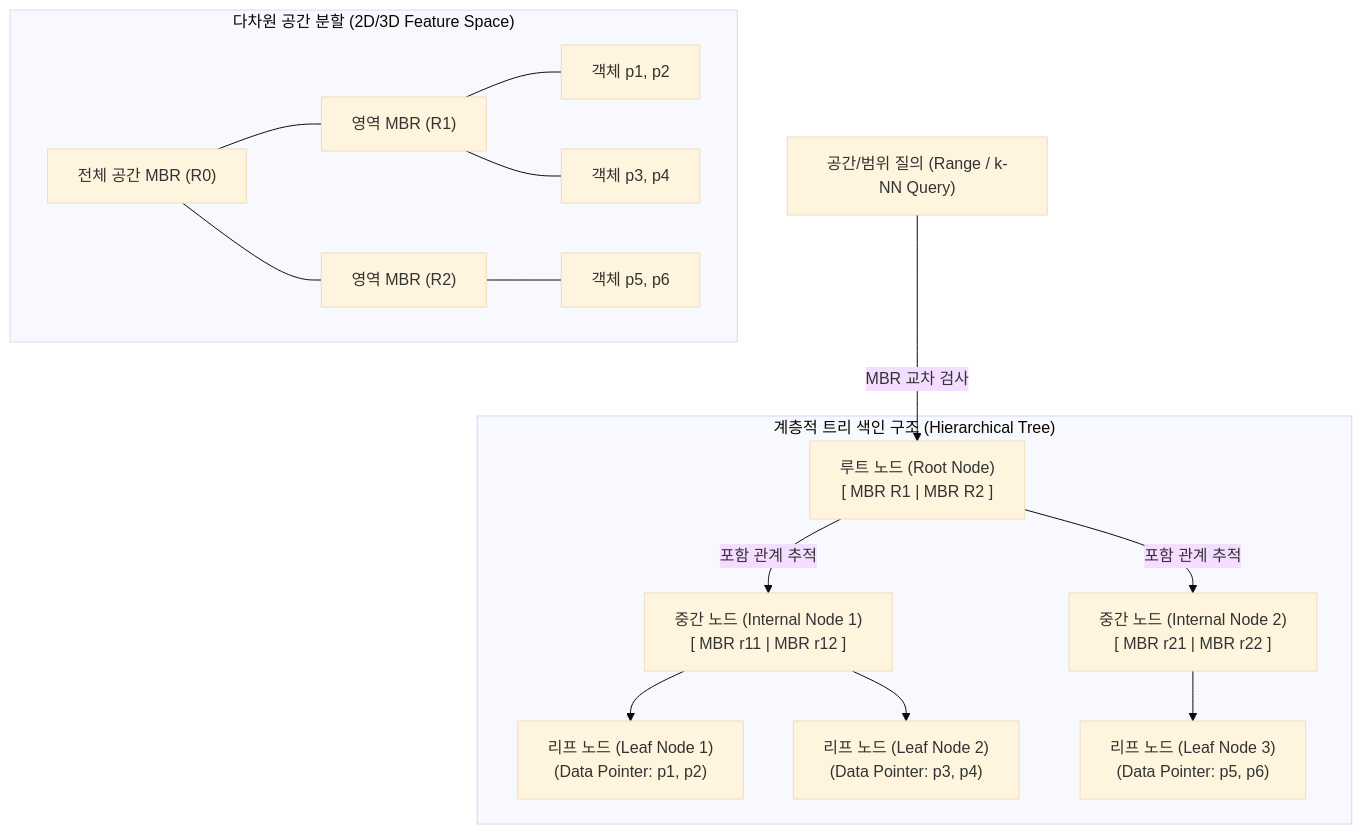
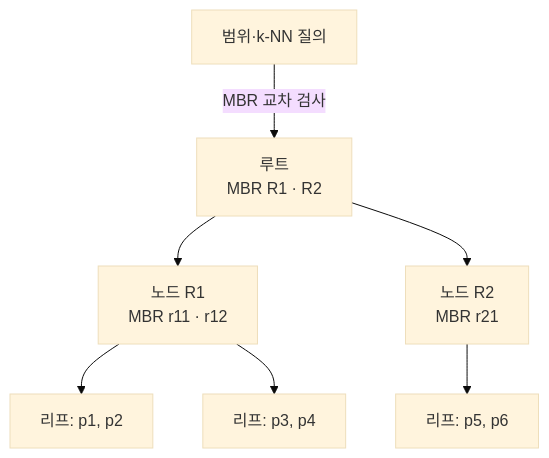
Before and after one commit to supremethumb/supremethumb.github.io: the diagram in content/01_IT Tech/다차원 색인구조.md, drawn with Mermaid (base theme). The commit also changed other lines of this file and 1087 other files, not shown here.

````diff
--- a/content/01_IT Tech/다차원 색인구조.md
+++ b/content/01_IT Tech/다차원 색인구조.md
@@ -21,34 +35,9 @@
 ```mermaid
-flowchart TD
-    subgraph SPATIAL_SPACE["다차원 공간 분할 (2D/3D Feature Space)"]
-        R0["전체 공간 MBR (R0)"]
-        R1["영역 MBR (R1)"]
-        R2["영역 MBR (R2)"]
-        D1["객체 p1, p2"]
-        D2["객체 p3, p4"]
-        D3["객체 p5, p6"]
-
-        R0 --- R1
-        R0 --- R2
-        R1 --- D1
-        R1 --- D2
-        R2 --- D3
-    end
-
-    subgraph INDEX_TREE["계층적 트리 색인 구조 (Hierarchical Tree)"]
-        ROOT["루트 노드 (Root Node)<br/>[ MBR R1 | MBR R2 ]"]
-        INTER1["중간 노드 (Internal Node 1)<br/>[ MBR r11 | MBR r12 ]"]
-        INTER2["중간 노드 (Internal Node 2)<br/>[ MBR r21 | MBR r22 ]"]
-        LEAF1["리프 노드 (Leaf Node 1)<br/>(Data Pointer: p1, p2)"]
-        LEAF2["리프 노드 (Leaf Node 2)<br/>(Data Pointer: p3, p4)"]
-        LEAF3["리프 노드 (Leaf Node 3)<br/>(Data Pointer: p5, p6)"]
-
-        ROOT -->|포함 관계 추적| INTER1
-        ROOT -->|포함 관계 추적| INTER2
-        INTER1 --> LEAF1
-        INTER1 --> LEAF2
-        INTER2 --> LEAF3
-    end
-
-    QUERY["공간/범위 질의 (Range / k-NN Query)"] -->|MBR 교차 검사| ROOT
+flowchart TB
+    Q["범위·k-NN 질의"] -->|"MBR 교차 검사"| ROOT["루트<br/>MBR R1 · R2"]
+    ROOT --> N1["노드 R1<br/>MBR r11 · r12"]
+    ROOT --> N2["노드 R2<br/>MBR r21"]
+    N1 --> L1["리프: p1, p2"]
+    N1 --> L2["리프: p3, p4"]
+    N2 --> L3["리프: p5, p6"]
 ```
````
